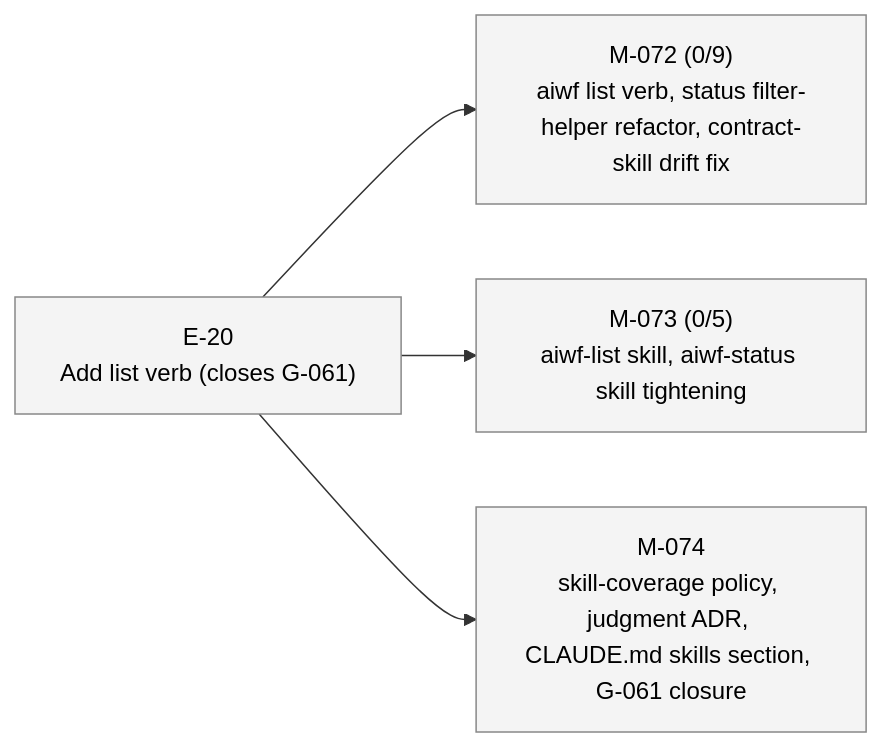
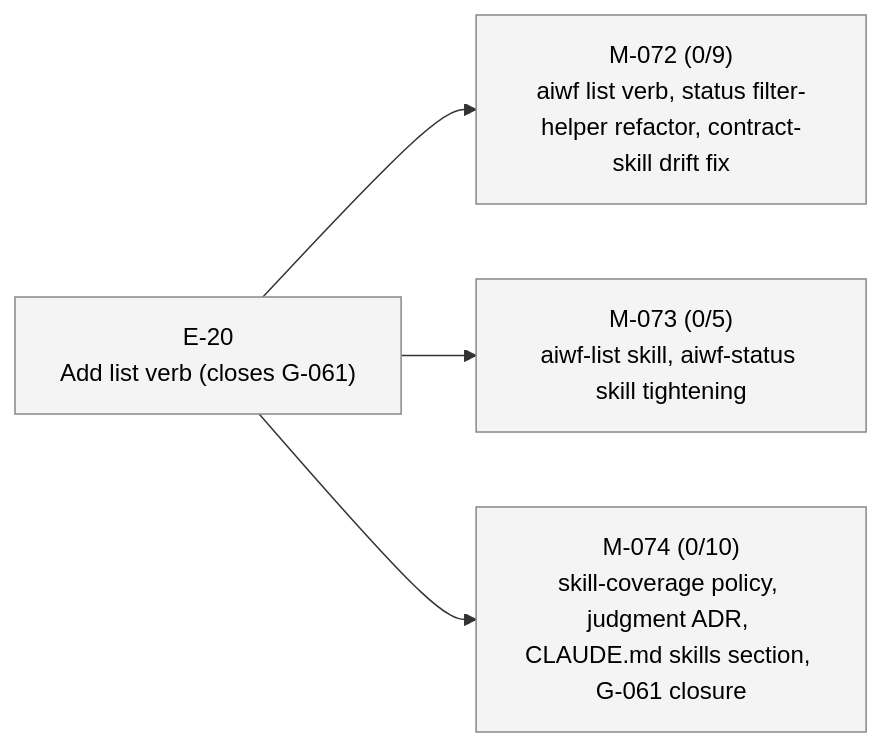
Before and after one commit to 23min/aiwf: the second of 2 diagrams in STATUS.md, drawn with Mermaid. The commit also changed other lines of this file and 1 other file, not shown here.

````diff
--- a/STATUS.md
+++ b/STATUS.md
@@ -47,16 +47,16 @@
 ```mermaid
 flowchart LR
   E_20["E-20<br/>Add list verb (closes G-061)"]:::epic_proposed
   M_072["M-072 (0/9)<br/>aiwf list verb, status filter-helper refactor, contract-skill drift fix"]:::ms_draft
   E_20 --> M_072
   M_073["M-073 (0/5)<br/>aiwf-list skill, aiwf-status skill tightening"]:::ms_draft
   E_20 --> M_073
-  M_074["M-074<br/>skill-coverage policy, judgment ADR, CLAUDE.md skills section, G-061 closure"]:::ms_draft
+  M_074["M-074 (0/10)<br/>skill-coverage policy, judgment ADR, CLAUDE.md skills section, G-061 closure"]:::ms_draft
   E_20 --> M_074
   classDef epic_active fill:#d6eaff,stroke:#1a73e8,color:#000
   classDef epic_proposed fill:#f4f4f4,stroke:#888,color:#000
   classDef ms_done fill:#d8f5d8,stroke:#2a8a2a,color:#000
   classDef ms_in_progress fill:#fff3c4,stroke:#caa400,color:#000
   classDef ms_draft fill:#f4f4f4,stroke:#888,color:#000
   classDef ms_cancelled fill:#fbeaea,stroke:#c33,color:#000
 ```
````
